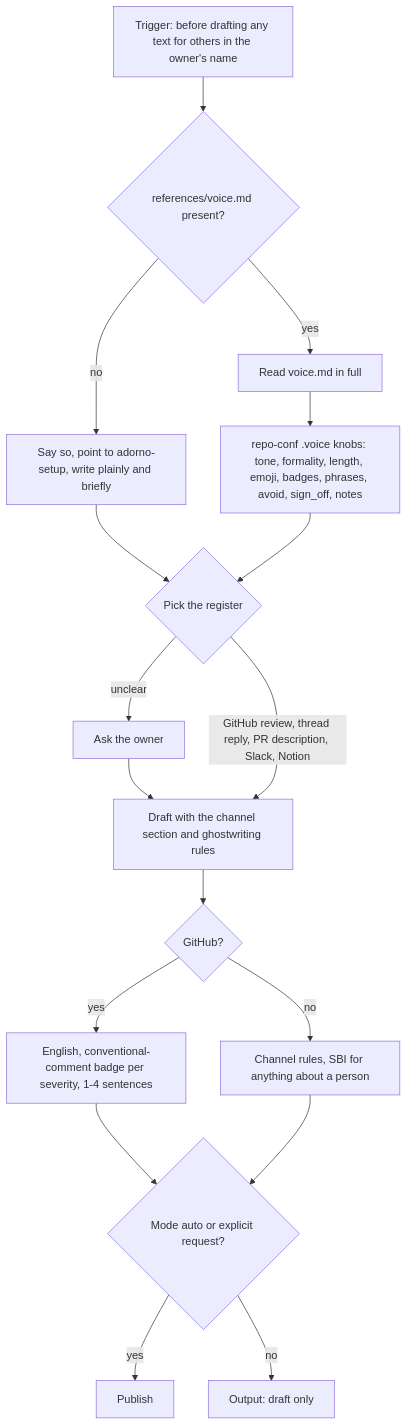
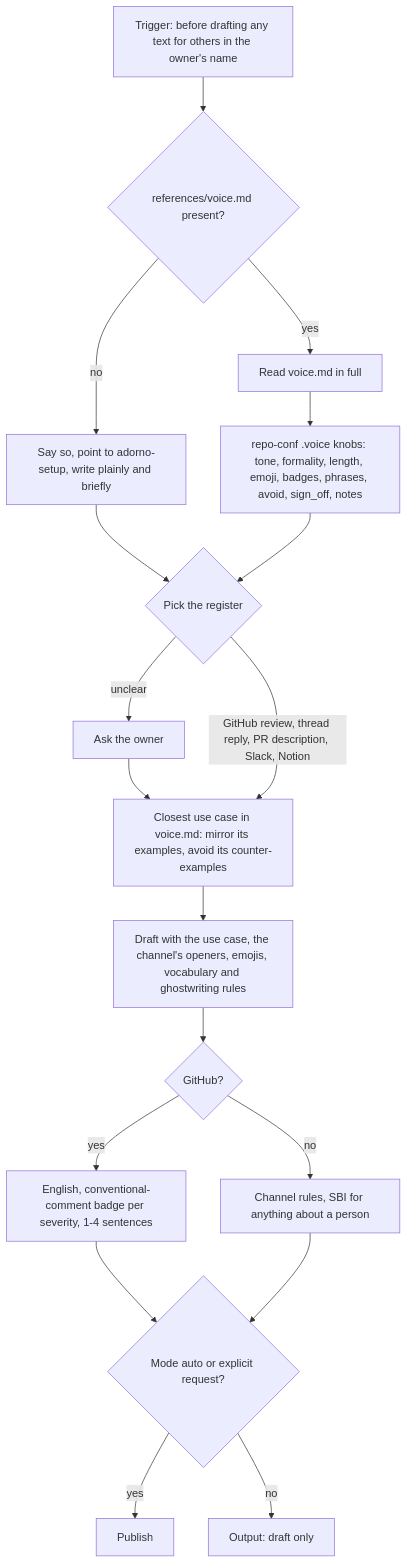
One commit to nicolasmondain/adorno changed the diagram in src/skills/adorno-voice/SCHEMA.md. Above: the diagram before and after it, drawn with Mermaid. The commit also changed 37 other files, not shown here.

````diff
--- a/src/skills/adorno-voice/SCHEMA.md
+++ b/src/skills/adorno-voice/SCHEMA.md
@@ -3,19 +3,20 @@
 ```mermaid
 flowchart TD
   T["Trigger: before drafting any text for others in the owner's name"] --> V{"references/voice.md present?"}
   V -->|"no"| NV["Say so, point to adorno-setup, write plainly and briefly"]
   V -->|"yes"| RV["Read voice.md in full"]
   RV --> KN["repo-conf .voice knobs: tone, formality, length, emoji, badges, phrases, avoid, sign_off, notes"]
   NV --> REG
   KN --> REG{"Pick the register"}
   REG -->|"unclear"| ASK["Ask the owner"]
-  ASK --> DR
-  REG -->|"GitHub review, thread reply, PR description, Slack, Notion"| DR["Draft with the channel section and ghostwriting rules"]
+  ASK --> UC
+  REG -->|"GitHub review, thread reply, PR description, Slack, Notion"| UC["Closest use case in voice.md: mirror its examples, avoid its counter-examples"]
+  UC --> DR["Draft with the use case, the channel's openers, emojis, vocabulary and ghostwriting rules"]
   DR --> GH{"GitHub?"}
   GH -->|"yes"| BG["English, conventional-comment badge per severity, 1-4 sentences"]
   GH -->|"no"| CH["Channel rules, SBI for anything about a person"]
   BG --> PUB{"Mode auto or explicit request?"}
   CH --> PUB
   PUB -->|"yes"| SEND["Publish"]
   PUB -->|"no"| DF["Output: draft only"]
 ```
````
